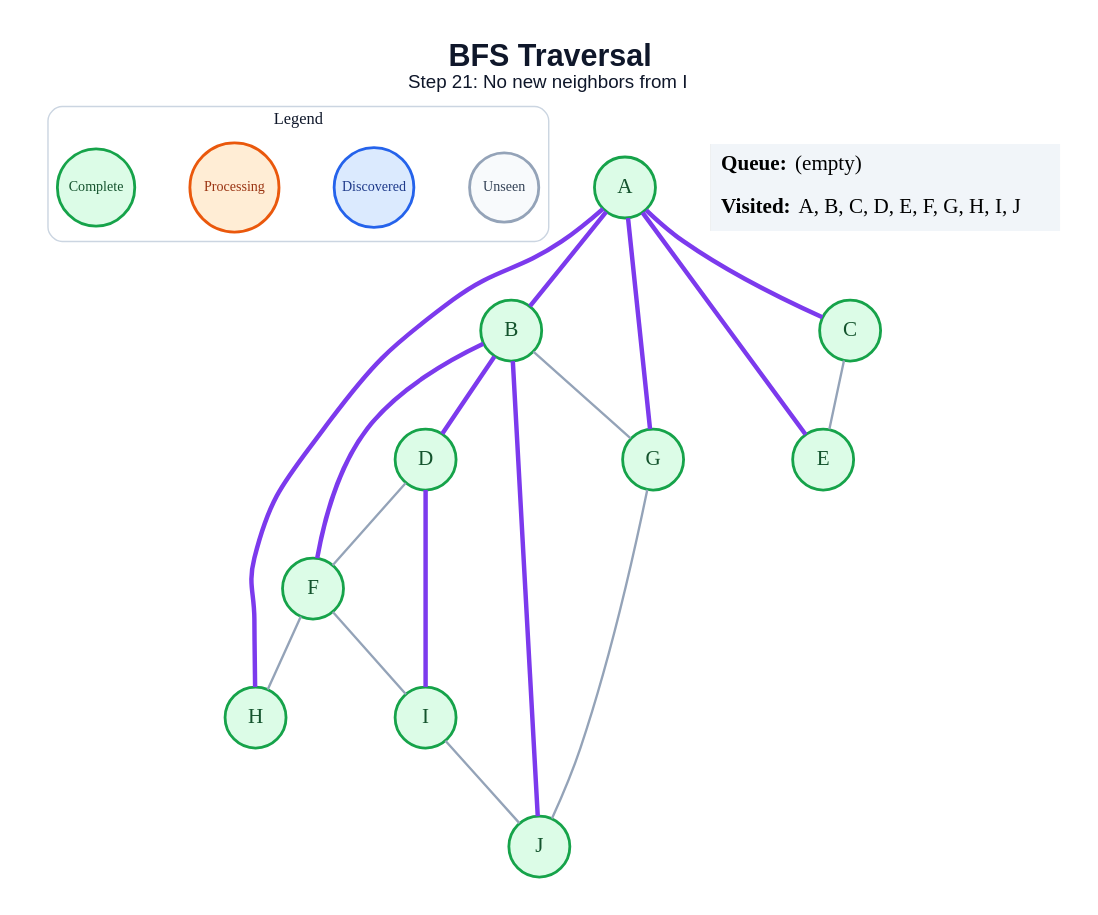
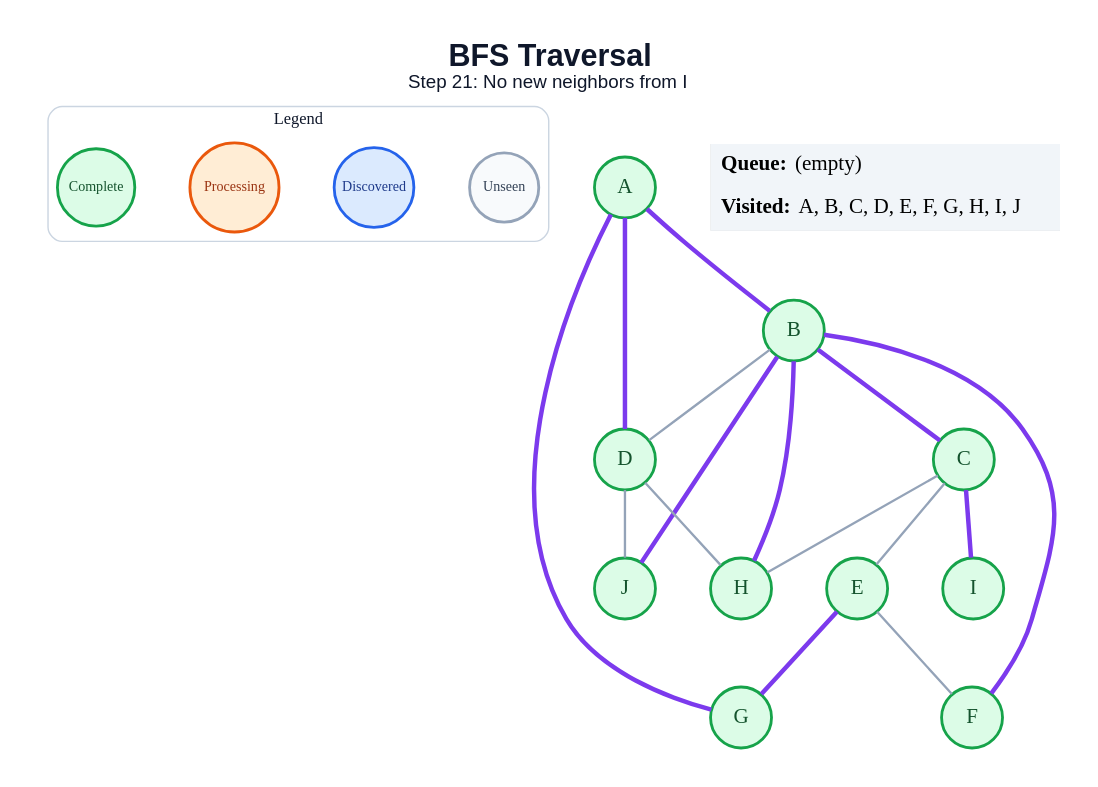
Before and after one commit to amanghodawala9/ai-slop: the diagram in generated/bfs/step_21.dot, drawn with Graphviz. The commit also changed 178 other files, not shown here.

```diff
--- a/generated/bfs/step_21.dot
+++ b/generated/bfs/step_21.dot
@@ -1,45 +1,44 @@
 graph traversal {
   graph [layout=dot, rankdir=TB, bgcolor="#FFFFFF", pad="0.35", nodesep="0.65", ranksep="0.8", fontname="Arial"];
   node [shape=circle, style="filled", fontname="Arial Bold", fontsize=18, width=0.72, fixedsize=true, penwidth=2.4];
   edge [color="#94A3B8", penwidth=2.0];
   label=<<B>BFS Traversal</B><BR/><FONT POINT-SIZE="16">Step 21: No new neighbors from I</FONT>>; labelloc="t"; fontsize=26; fontname="Arial"; fontcolor="#0F172A";
   subgraph cluster_legend { label="Legend"; color="#CBD5E1"; penwidth=1.2; style="rounded"; fontsize=14; fontname="Arial Bold";
     key_unseen [label="Unseen", fillcolor="#F8FAFC", color="#94A3B8", fontcolor="#334155", fontsize=12, width=0.82];
     key_frontier [label="Discovered", fillcolor="#DBEAFE", color="#2563EB", fontcolor="#1E3A8A", fontsize=12, width=0.95];
     key_current [label="Processing", fillcolor="#FFEDD5", color="#EA580C", fontcolor="#9A3412", fontsize=12, width=1.05];
     key_done [label="Complete", fillcolor="#DCFCE7", color="#16A34A", fontcolor="#14532D", fontsize=12, width=0.92];
     { rank=same; key_unseen; key_frontier; key_current; key_done; }
   }
   A [fillcolor="#DCFCE7", color="#16A34A", fontcolor="#14532D"];
   B [fillcolor="#DCFCE7", color="#16A34A", fontcolor="#14532D"];
   C [fillcolor="#DCFCE7", color="#16A34A", fontcolor="#14532D"];
   D [fillcolor="#DCFCE7", color="#16A34A", fontcolor="#14532D"];
   E [fillcolor="#DCFCE7", color="#16A34A", fontcolor="#14532D"];
   F [fillcolor="#DCFCE7", color="#16A34A", fontcolor="#14532D"];
   G [fillcolor="#DCFCE7", color="#16A34A", fontcolor="#14532D"];
   H [fillcolor="#DCFCE7", color="#16A34A", fontcolor="#14532D"];
   I [fillcolor="#DCFCE7", color="#16A34A", fontcolor="#14532D"];
   J [fillcolor="#DCFCE7", color="#16A34A", fontcolor="#14532D"];
   A -- B [color="#7C3AED", penwidth=3.8];
-  A -- C [color="#7C3AED", penwidth=3.8];
-  A -- E [color="#7C3AED", penwidth=3.8];
+  A -- D [color="#7C3AED", penwidth=3.8];
   A -- G [color="#7C3AED", penwidth=3.8];
-  A -- H [color="#7C3AED", penwidth=3.8];
-  B -- D [color="#7C3AED", penwidth=3.8];
+  B -- C [color="#7C3AED", penwidth=3.8];
+  B -- D;
   B -- F [color="#7C3AED", penwidth=3.8];
-  B -- G;
+  B -- H [color="#7C3AED", penwidth=3.8];
   B -- J [color="#7C3AED", penwidth=3.8];
   C -- E;
-  D -- F;
-  D -- I [color="#7C3AED", penwidth=3.8];
-  F -- H;
-  F -- I;
-  G -- J;
-  I -- J;
+  C -- H;
+  C -- I [color="#7C3AED", penwidth=3.8];
+  D -- H;
+  D -- J;
+  E -- F;
+  E -- G [color="#7C3AED", penwidth=3.8];
   status [shape=plain, fixedsize=false, width=0, height=0, margin=0, label=<
     <TABLE BORDER="0" CELLBORDER="0" CELLPADDING="7" BGCOLOR="#F1F5F9">
       <TR><TD ALIGN="LEFT"><B>Queue:</B> (empty)</TD></TR>
       <TR><TD ALIGN="LEFT"><B>Visited:</B> A, B, C, D, E, F, G, H, I, J</TD></TR>
     </TABLE>
   >];
 }
```
